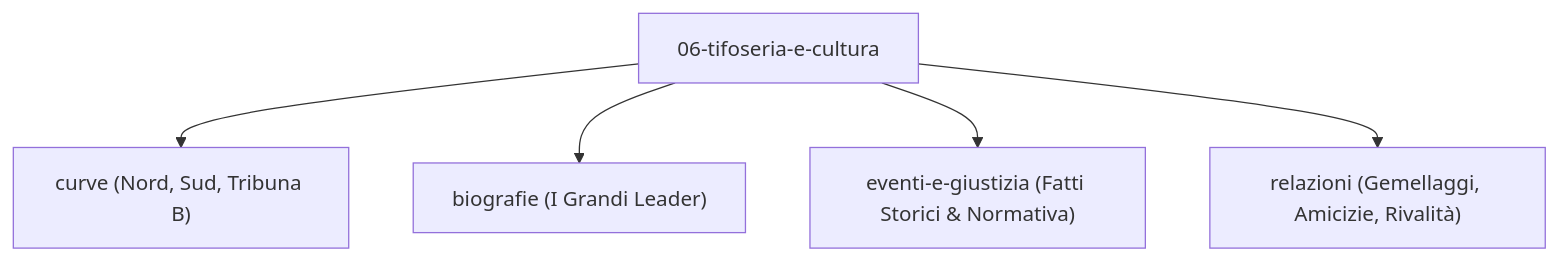
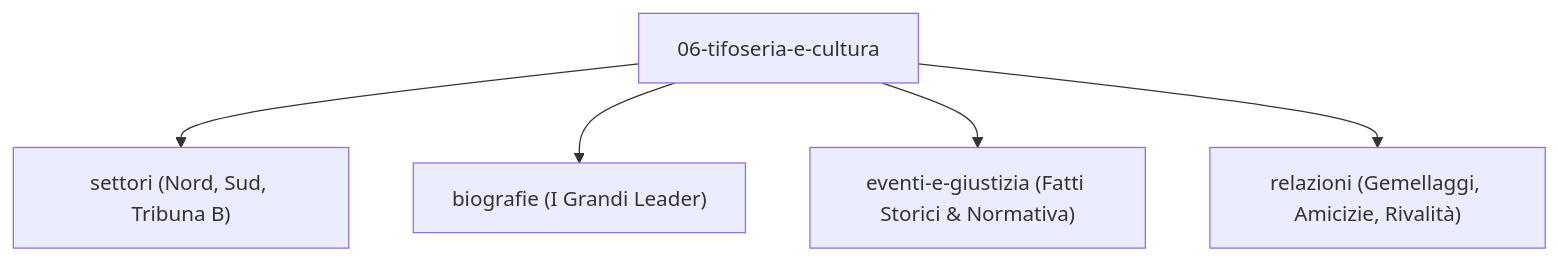
One commit to dr-FLUO/wikicataniacalcio changed the diagram in content/06-tifoseria-e-cultura/index.md. Above: the diagram before and after it, drawn with Mermaid. The commit also changed other lines of this file and 1561 other files, not shown here.

````diff
--- a/content/06-tifoseria-e-cultura/index.md
+++ b/content/06-tifoseria-e-cultura/index.md
@@ -51,7 +51,7 @@
 ```mermaid
 graph TD
-    A["06-tifoseria-e-cultura"] --> B["curve (Nord, Sud, Tribuna B)"]
+    A["06-tifoseria-e-cultura"] --> B["settori (Nord, Sud, Tribuna B)"]
     A --> C["biografie (I Grandi Leader)"]
     A --> D["eventi-e-giustizia (Fatti Storici & Normativa)"]
     A --> E["relazioni (Gemellaggi, Amicizie, Rivalità)"]
 ```
````
